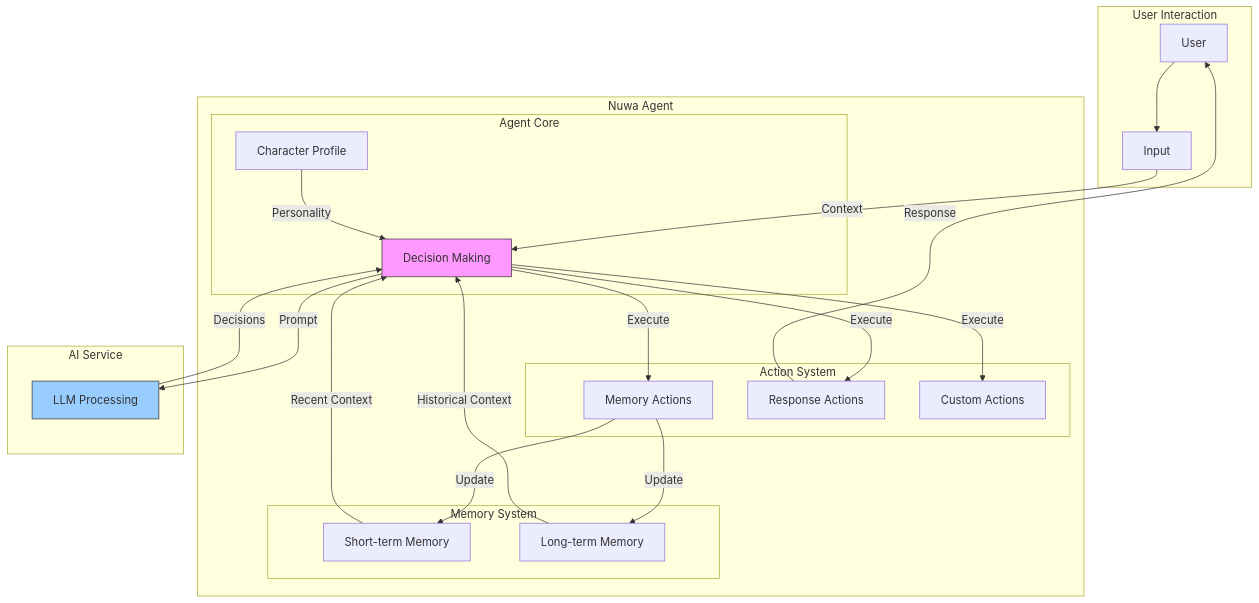
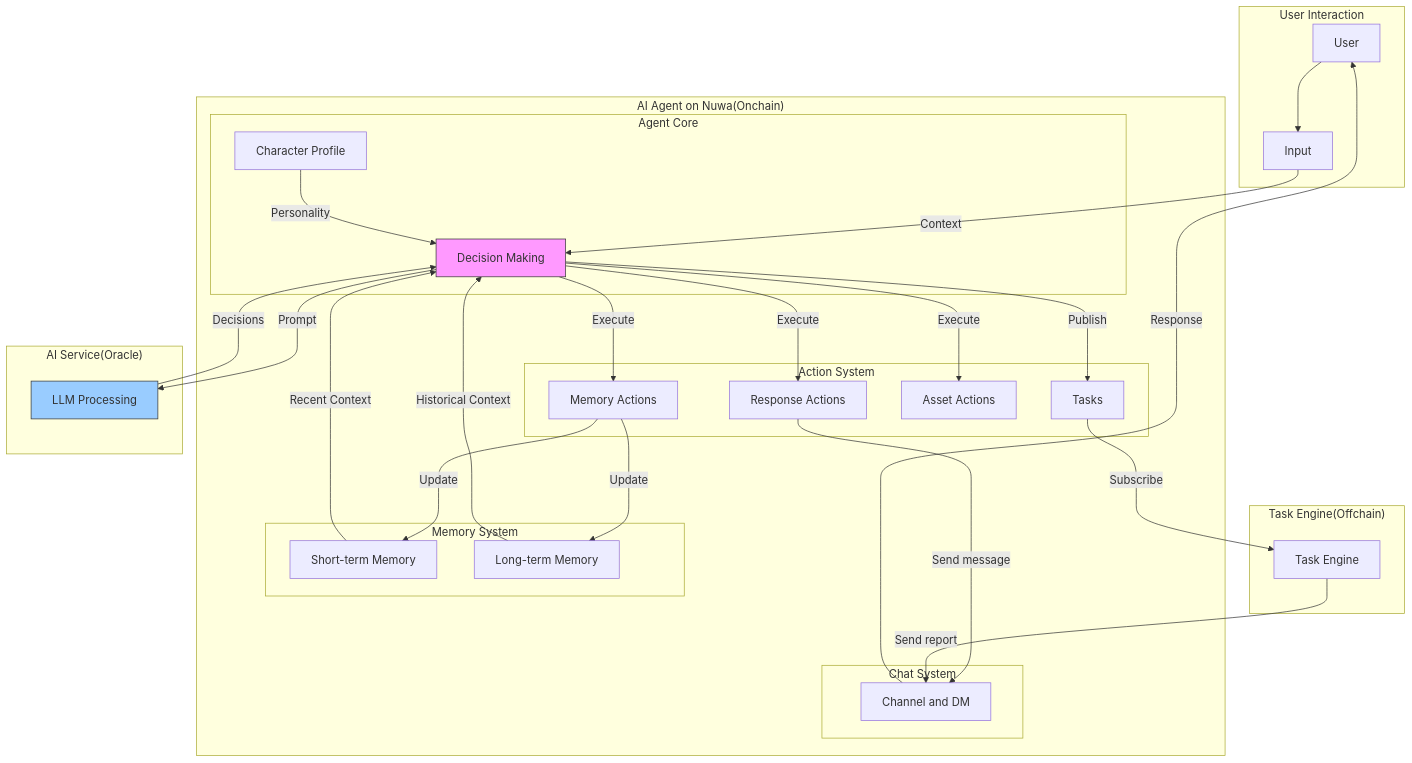
The diagram in README.md (wow-sven/nuwa), drawn with Mermaid before and after one commit.

````diff
--- a/README.md
+++ b/README.md
@@ -7,44 +7,57 @@
 ```mermaid
 graph TB
     subgraph "User Interaction"
         U[User] --> I[Input]
     end
 
-    subgraph "Nuwa Agent"
+    subgraph "AI Agent on Nuwa(Onchain)"
         subgraph "Memory System"
             SM[Short-term Memory]
             LM[Long-term Memory]
         end
         
         subgraph "Agent Core"
             C[Character Profile]
             D[Decision Making]
         end
         
         subgraph "Action System"
             A1[Memory Actions]
             A2[Response Actions]
-            A3[Custom Actions]
+            A3[Asset Actions]
+            A4[Tasks]
+        end
+
+        subgraph "Chat System"
+           C1[Channel and DM]
         end
     end
 
-    subgraph "AI Service"
+    subgraph "AI Service(Oracle)"
         AI[LLM Processing]
+    end
+
+    subgraph "Task Engine(Offchain)"
+       T1[Task Engine]
     end
 
     I --> |Context| D
     SM --> |Recent Context| D
     LM --> |Historical Context| D
     C --> |Personality| D
     D --> |Prompt| AI
     AI --> |Decisions| D
     D --> |Execute| A1
     D --> |Execute| A2
     D --> |Execute| A3
+    D --> |Publish| A4
     A1 --> |Update| SM
     A1 --> |Update| LM
-    A2 --> |Response| U
+    A2 --> |Send message|C1
+    C1 --> |Response| U
+    A4 --> |Subscribe| T1
+    T1 --> |Send report| C1
 
     style D fill:#f9f,stroke:#333
     style AI fill:#9cf,stroke:#333
 ```
````
